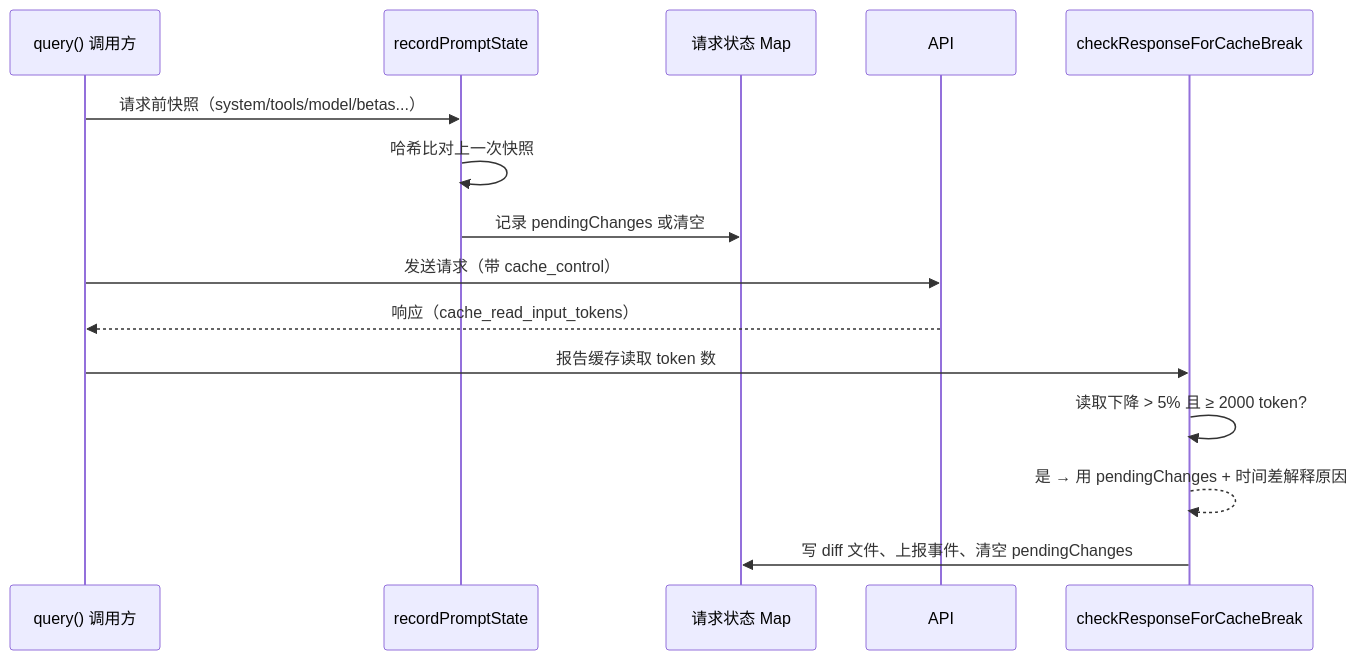
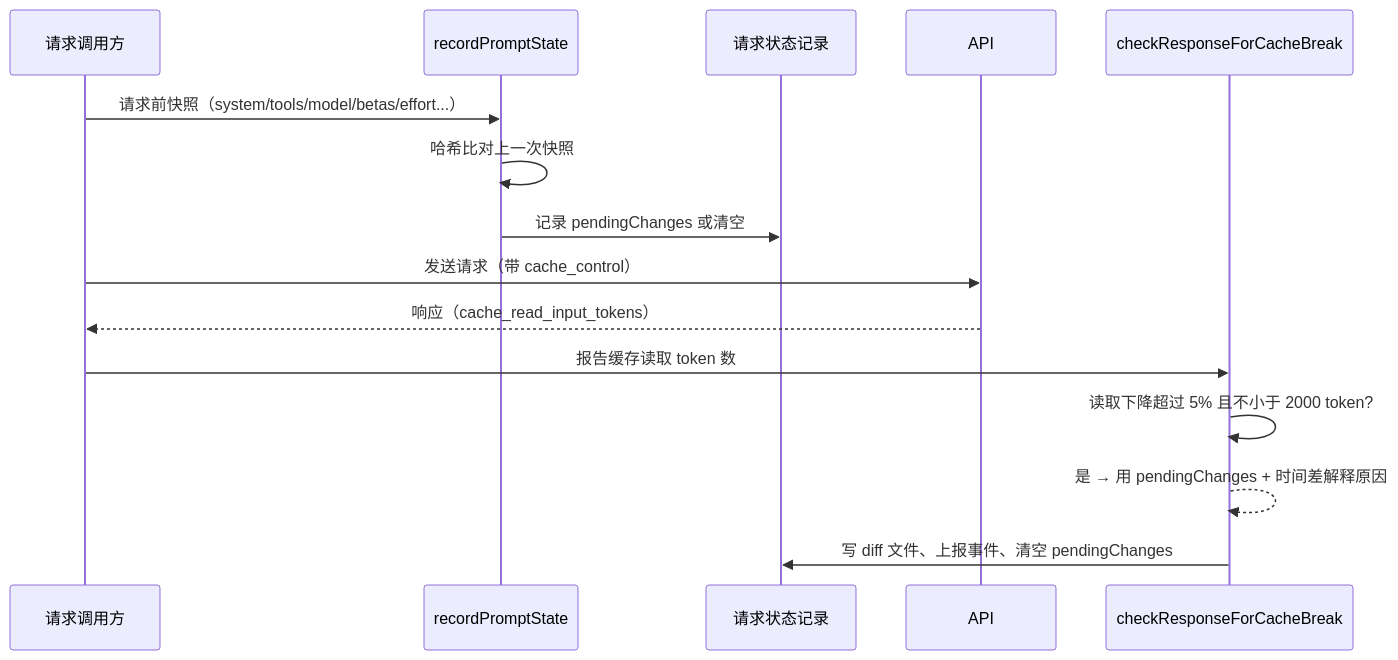
The fifth of 5 diagrams in agent/learn-cc/prompt.md (c926694/obsidian_note), drawn with Mermaid before and after one commit. The commit also changed other lines of this file and 6 other files, not shown here.

````diff
--- a/agent/learn-cc/prompt.md
+++ b/agent/learn-cc/prompt.md
@@ -279,18 +265,18 @@
 ```mermaid
 sequenceDiagram
-    participant Q as query() 调用方
+    participant Q as 请求调用方
     participant R as recordPromptState
-    participant S as 请求状态 Map
+    participant S as 请求状态记录
     participant A as API
     participant C as checkResponseForCacheBreak
 
-    Q->>R: 请求前快照（system/tools/model/betas...）
+    Q->>R: 请求前快照（system/tools/model/betas/effort...）
     R->>R: 哈希比对上一次快照
     R->>S: 记录 pendingChanges 或清空
     Q->>A: 发送请求（带 cache_control）
     A-->>Q: 响应（cache_read_input_tokens）
     Q->>C: 报告缓存读取 token 数
-    C->>C: 读取下降 > 5% 且 ≥ 2000 token?
+    C->>C: 读取下降超过 5% 且不小于 2000 token?
     C-->>C: 是 → 用 pendingChanges + 时间差解释原因
     C->>S: 写 diff 文件、上报事件、清空 pendingChanges
 ```
````
